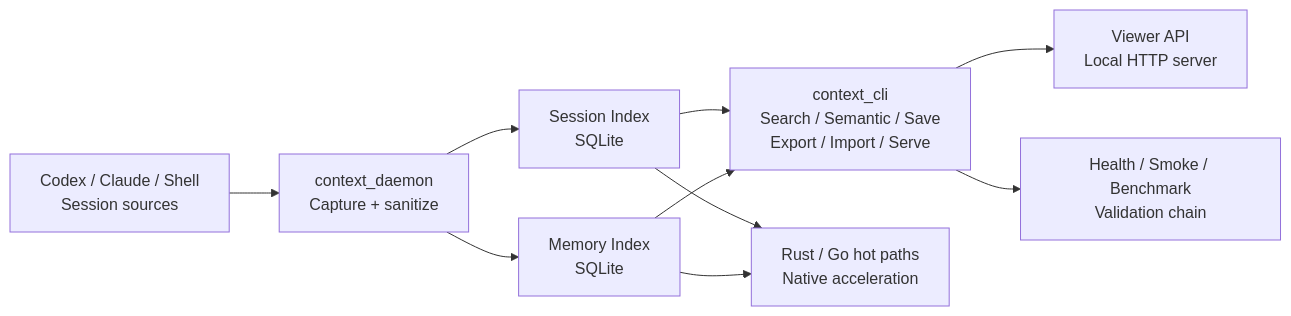
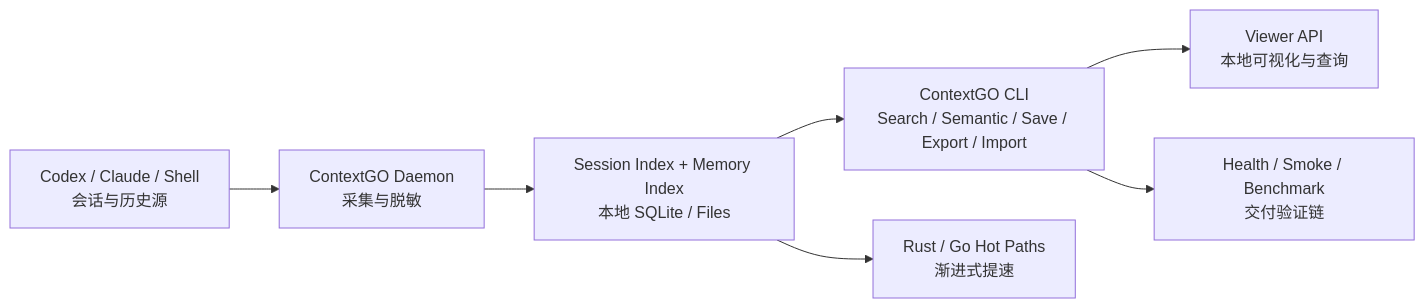
The first of 2 diagrams in docs/ARCHITECTURE.md (dunova/context-mesh-foundry), drawn with Mermaid before and after one commit. The commit also changed other lines of this file and 3 other files, not shown here.

````diff
--- a/docs/ARCHITECTURE.md
+++ b/docs/ARCHITECTURE.md
@@ -11,12 +7,9 @@
 ```mermaid
 flowchart LR
-    A["Codex / Claude / Shell\nSession sources"] --> B["context_daemon\nCapture + sanitize"]
-    B --> C["Session Index\nSQLite"]
-    B --> D["Memory Index\nSQLite"]
-    C --> E["context_cli\nSearch / Semantic / Save\nExport / Import / Serve"]
-    D --> E
-    E --> F["Viewer API\nLocal HTTP server"]
-    E --> G["Health / Smoke / Benchmark\nValidation chain"]
-    C --> H["Rust / Go hot paths\nNative acceleration"]
-    D --> H
+    A["Codex / Claude / Shell<br/>会话与历史源"] --> B["ContextGO Daemon<br/>采集与脱敏"]
+    B --> C["Session Index + Memory Index<br/>本地 SQLite / Files"]
+    C --> D["ContextGO CLI<br/>Search / Semantic / Save / Export / Import"]
+    D --> E["Viewer API<br/>本地可视化与查询"]
+    D --> F["Health / Smoke / Benchmark<br/>交付验证链"]
+    C --> G["Rust / Go Hot Paths<br/>渐进式提速"]
 ```
````
